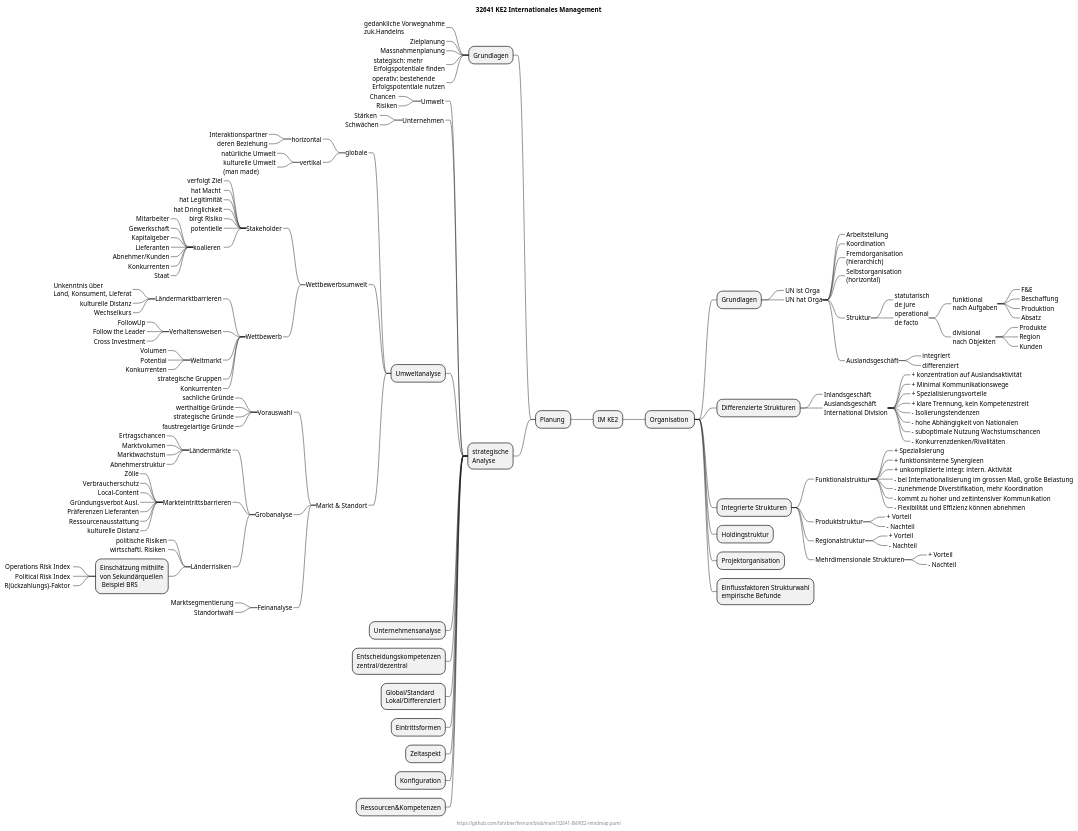
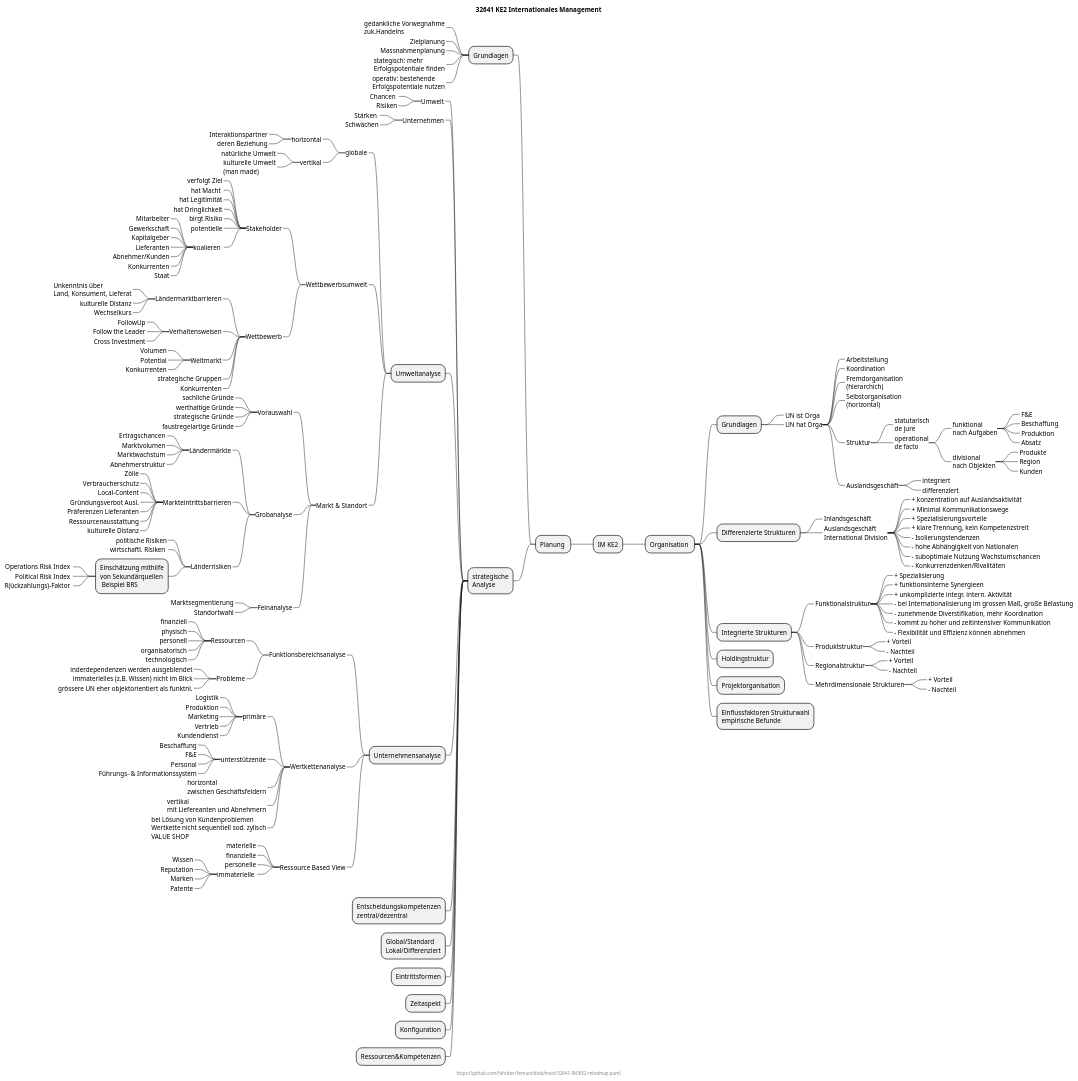
The diagram in 32641-IM/KE2-mindmap.puml (fahrbier/fernuni), drawn with PlantUML before and after one commit.

```diff
--- a/32641-IM/KE2-mindmap.puml
+++ b/32641-IM/KE2-mindmap.puml
@@ -97,6 +97,45 @@
 -------_ Standortwahl
 
 ---- Unternehmensanalyse
+-----_ Funktionsbereichsanalyse
+------_ Ressourcen
+-------_ finanziell
+-------_ physisch
+-------_ personell
+-------_ organisatorisch
+-------_ technologisch
+------_ Probleme
+-------_ inderdependenzen werden ausgeblendet
+-------_ immaterielles (z.B. Wissen) nicht im Blick
+-------_ grössere UN eher objektorientiert als funktnl.
+
+-----_ Wertkettenanalyse
+------_ primäre
+-------_ Logistik
+-------_ Produktion
+-------_ Marketing
+-------_ Vertrieb
+-------_ Kundendienst
+------_ unterstützende
+-------_ Beschaffung
+-------_ F&E
+-------_ Personal
+-------_ Führungs- & Informationssystem
+------_ horizontal\nzwischen Geschäftsfeldern
+------_ vertikal\nmit Liefereanten und Abnehmern
+------_ bei Lösung von Kundenproblemen\nWertkette nicht sequentiell sod. zylisch\nVALUE SHOP
+
+-----_ Ressource Based View
+------_ materielle
+------_ finanzielle
+------_ personelle
+------_ immaterielle 
+-------_ Wissen
+-------_ Reputation
+-------_ Marken
+-------_ Patente
+
+
 ---- Entscheidungskompetenzen\nzentral/dezentral
 ---- Global/Standard\nLokal/Differenziert
 ---- Eintrittsformen
```
